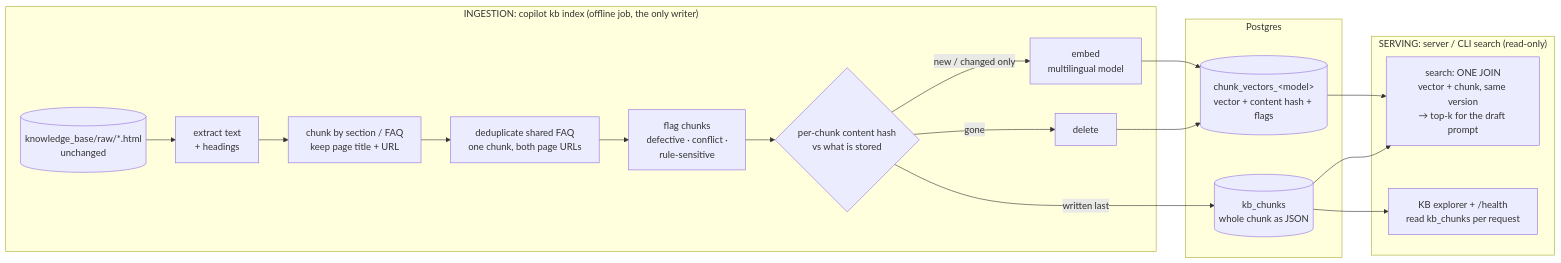
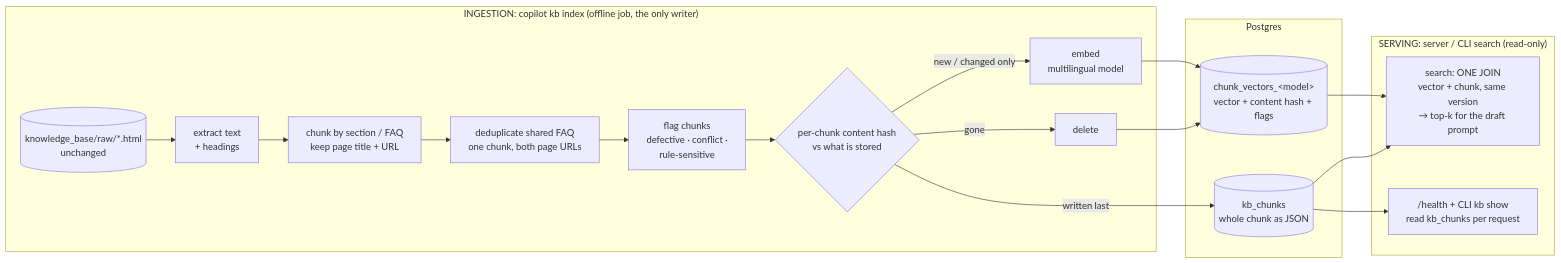
One commit to mohabashraf/support-copilot changed the ninth of 13 diagrams in docs/ARCHITECTURE.md. Above: the diagram before and after it, drawn with Mermaid. The commit also changed other lines of this file and 18 other files, not shown here.

````diff
--- a/docs/ARCHITECTURE.md
+++ b/docs/ARCHITECTURE.md
@@ -316,26 +316,26 @@
 ```mermaid
 flowchart LR
     subgraph ING["INGESTION: copilot kb index (offline job, the only writer)"]
         RAW[("knowledge_base/raw/*.html<br/>unchanged")] --> EXT["extract text<br/>+ headings"]
         EXT --> CH["chunk by section / FAQ<br/>keep page title + URL"]
         CH --> DD["deduplicate shared FAQ<br/>one chunk, both page URLs"]
         DD --> FL["flag chunks<br/>defective · conflict ·<br/>rule-sensitive"]
         FL --> DIFF{"per-chunk content hash<br/>vs what is stored"}
         DIFF -->|"new / changed only"| EMB["embed<br/>multilingual model"]
         DIFF -->|"gone"| DEL["delete"]
     end
     subgraph PG["Postgres"]
         VEC[("chunk_vectors_&lt;model&gt;<br/>vector + content hash + flags")]
         KBT[("kb_chunks<br/>whole chunk as JSON")]
     end
     EMB --> VEC
     DEL --> VEC
     DIFF -->|"written last"| KBT
     subgraph SRV["SERVING: server / CLI search (read-only)"]
         SEARCH["search: ONE JOIN<br/>vector + chunk, same version<br/>→ top-k for the draft prompt"]
-        EXP["KB explorer + /health<br/>read kb_chunks per request"]
+        EXP["/health + CLI kb show<br/>read kb_chunks per request"]
     end
     KBT --> SEARCH
     VEC --> SEARCH
     KBT --> EXP
 ```
````
